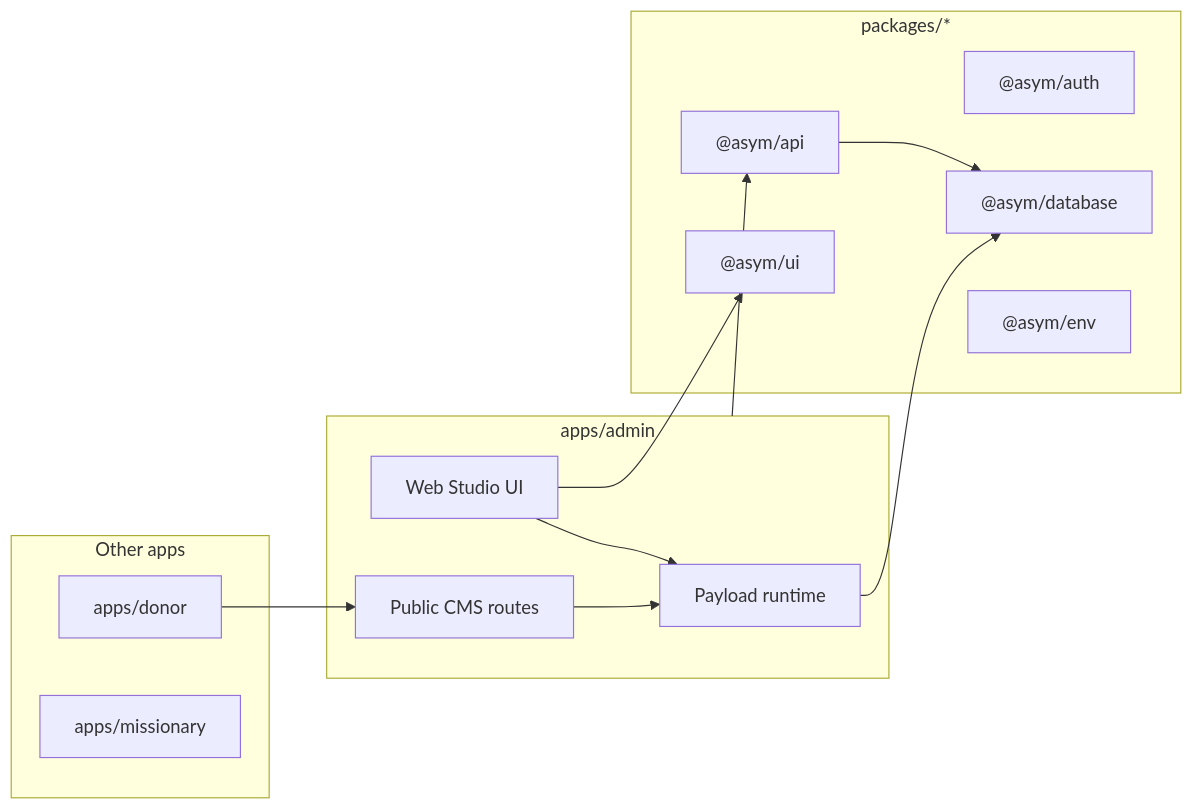
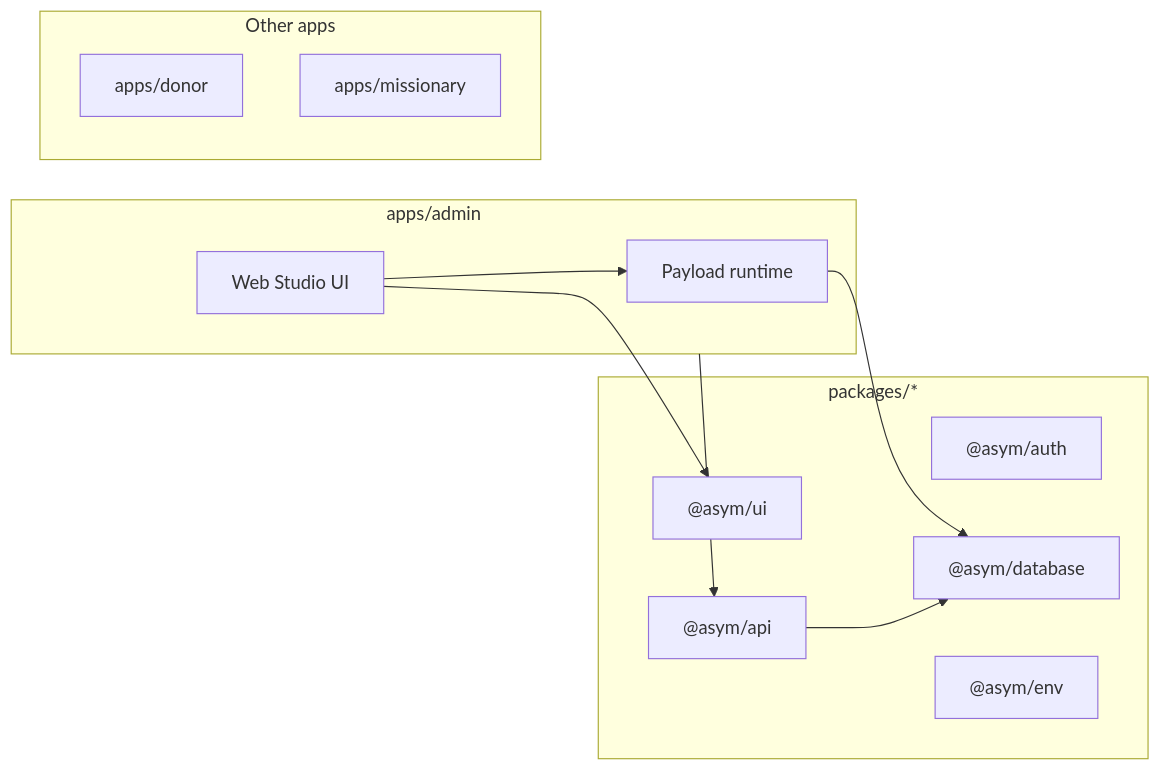
The first of 5 diagrams in docs/guides/architecture/web-studio-living-spec.md (Asymmetric-al/core), drawn with Mermaid before and after one commit. The commit also changed other lines of this file and 3 other files, not shown here.

First line of the commit message:
docs(AL-2679): update retired public CMS topology, 403/404 note, and CONTEXT.md glossary

````diff
--- a/docs/guides/architecture/web-studio-living-spec.md
+++ b/docs/guides/architecture/web-studio-living-spec.md
@@ -92,26 +92,23 @@
 ```mermaid
 flowchart LR
   subgraph admin["apps/admin"]
     WS[Web Studio UI]
     PL[Payload runtime]
-    Pub[Public CMS routes]
   end
   subgraph packages["packages/*"]
     UI["@asym/ui"]
     API["@asym/api"]
     AUTH["@asym/auth"]
     DB["@asym/database"]
     ENV["@asym/env"]
   end
   subgraph apps["Other apps"]
     DONOR["apps/donor"]
     MISS["apps/missionary"]
   end
   WS --> PL
   WS --> UI
   PL --> DB
-  Pub --> PL
-  DONOR --> Pub
   API --> DB
   admin --> API
 ```
````
